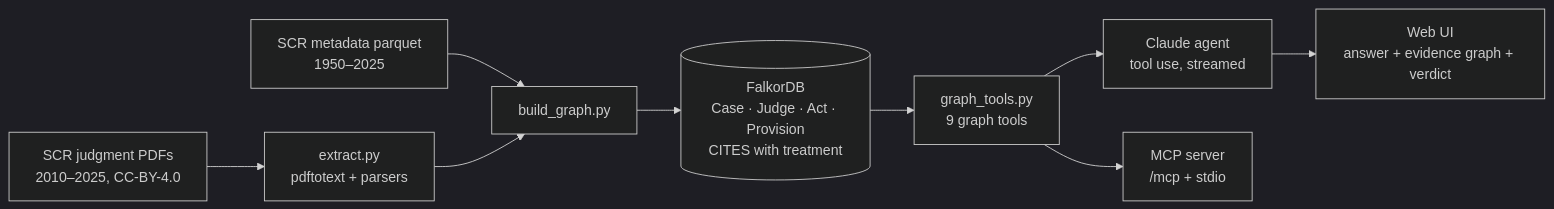
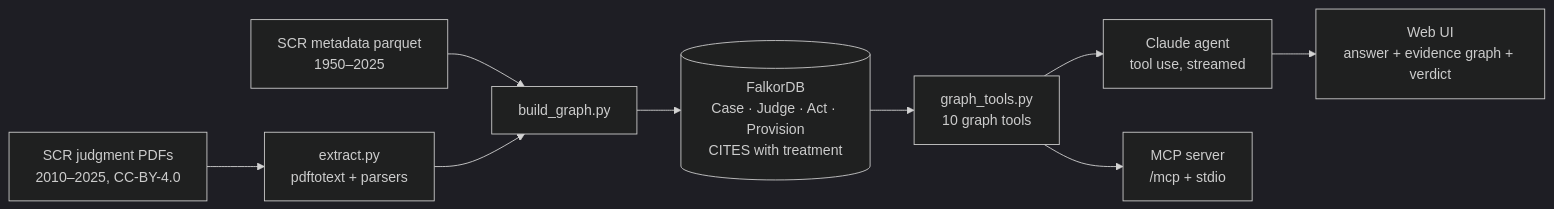
The diagram in README.md (AnonyPotamus/precedent-graph), drawn with Mermaid (dark theme) before and after one commit. The commit also changed other lines of this file and 1 other file, not shown here.

````diff
--- a/README.md
+++ b/README.md
@@ -56,11 +66,11 @@
 ```mermaid
 flowchart LR
   A[SCR judgment PDFs<br/>2010–2025, CC-BY-4.0] --> B[extract.py<br/>pdftotext + parsers]
   M[SCR metadata parquet<br/>1950–2025] --> C
   B --> C[build_graph.py]
   C --> F[(FalkorDB<br/>Case · Judge · Act · Provision<br/>CITES with treatment)]
-  F --> T[graph_tools.py<br/>9 graph tools]
+  F --> T[graph_tools.py<br/>10 graph tools]
   T --> AG[Claude agent<br/>tool use, streamed]
   T --> MCP[MCP server<br/>/mcp + stdio]
   AG --> UI[Web UI<br/>answer + evidence graph + verdict]
 ```
````
